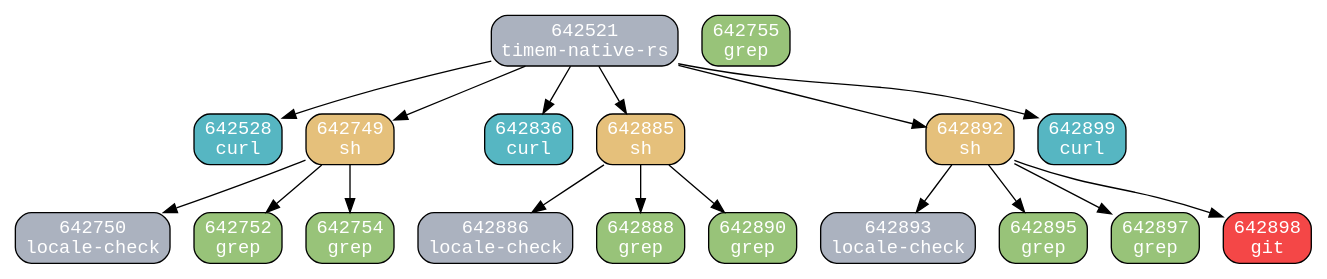
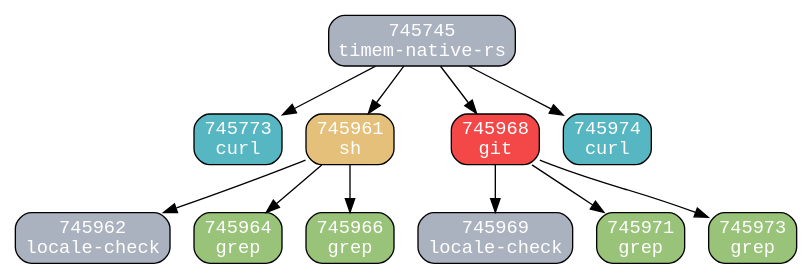
The diagram in research/timemai-process-model/output/process_tree_T4-tool-intensive.dot (Claud-Ling/agent-sight), drawn with Graphviz before and after one commit. The commit also changed 33 other files, not shown here.

```diff
--- a/research/timemai-process-model/output/process_tree_T4-tool-intensive.dot
+++ b/research/timemai-process-model/output/process_tree_T4-tool-intensive.dot
@@ -1,39 +1,26 @@
 digraph process_tree {
   rankdir=TB;
   node [shape=box, style=rounded, fontname=monospace];
   edge [fontname=monospace, fontsize=10];
-  642521 [label="642521\ntimem-native-rs" fillcolor="#ABB2BF" style="filled,rounded" fontcolor="white"];
-  642528 [label="642528\ncurl" fillcolor="#56B6C2" style="filled,rounded" fontcolor="white"];
-  642521 -> 642528;
-  642749 [label="642749\nsh" fillcolor="#E5C07B" style="filled,rounded" fontcolor="white"];
-  642750 [label="642750\nlocale-check" fillcolor="#ABB2BF" style="filled,rounded" fontcolor="white"];
-  642749 -> 642750;
-  642752 [label="642752\ngrep" fillcolor="#98C379" style="filled,rounded" fontcolor="white"];
-  642749 -> 642752;
-  642754 [label="642754\ngrep" fillcolor="#98C379" style="filled,rounded" fontcolor="white"];
-  642749 -> 642754;
-  642521 -> 642749;
-  642836 [label="642836\ncurl" fillcolor="#56B6C2" style="filled,rounded" fontcolor="white"];
-  642521 -> 642836;
-  642885 [label="642885\nsh" fillcolor="#E5C07B" style="filled,rounded" fontcolor="white"];
-  642886 [label="642886\nlocale-check" fillcolor="#ABB2BF" style="filled,rounded" fontcolor="white"];
-  642885 -> 642886;
-  642888 [label="642888\ngrep" fillcolor="#98C379" style="filled,rounded" fontcolor="white"];
-  642885 -> 642888;
-  642890 [label="642890\ngrep" fillcolor="#98C379" style="filled,rounded" fontcolor="white"];
-  642885 -> 642890;
-  642521 -> 642885;
-  642892 [label="642892\nsh" fillcolor="#E5C07B" style="filled,rounded" fontcolor="white"];
-  642893 [label="642893\nlocale-check" fillcolor="#ABB2BF" style="filled,rounded" fontcolor="white"];
-  642892 -> 642893;
-  642895 [label="642895\ngrep" fillcolor="#98C379" style="filled,rounded" fontcolor="white"];
-  642892 -> 642895;
-  642897 [label="642897\ngrep" fillcolor="#98C379" style="filled,rounded" fontcolor="white"];
-  642892 -> 642897;
-  642898 [label="642898\ngit" fillcolor="#F44747" style="filled,rounded" fontcolor="white"];
-  642892 -> 642898;
-  642521 -> 642892;
-  642899 [label="642899\ncurl" fillcolor="#56B6C2" style="filled,rounded" fontcolor="white"];
-  642521 -> 642899;
-  642755 [label="642755\ngrep" fillcolor="#98C379" style="filled,rounded" fontcolor="white"];
+  745745 [label="745745\ntimem-native-rs" fillcolor="#ABB2BF" style="filled,rounded" fontcolor="white"];
+  745773 [label="745773\ncurl" fillcolor="#56B6C2" style="filled,rounded" fontcolor="white"];
+  745745 -> 745773;
+  745961 [label="745961\nsh" fillcolor="#E5C07B" style="filled,rounded" fontcolor="white"];
+  745962 [label="745962\nlocale-check" fillcolor="#ABB2BF" style="filled,rounded" fontcolor="white"];
+  745961 -> 745962;
+  745964 [label="745964\ngrep" fillcolor="#98C379" style="filled,rounded" fontcolor="white"];
+  745961 -> 745964;
+  745966 [label="745966\ngrep" fillcolor="#98C379" style="filled,rounded" fontcolor="white"];
+  745961 -> 745966;
+  745745 -> 745961;
+  745968 [label="745968\ngit" fillcolor="#F44747" style="filled,rounded" fontcolor="white"];
+  745969 [label="745969\nlocale-check" fillcolor="#ABB2BF" style="filled,rounded" fontcolor="white"];
+  745968 -> 745969;
+  745971 [label="745971\ngrep" fillcolor="#98C379" style="filled,rounded" fontcolor="white"];
+  745968 -> 745971;
+  745973 [label="745973\ngrep" fillcolor="#98C379" style="filled,rounded" fontcolor="white"];
+  745968 -> 745973;
+  745745 -> 745968;
+  745974 [label="745974\ncurl" fillcolor="#56B6C2" style="filled,rounded" fontcolor="white"];
+  745745 -> 745974;
 }
```
